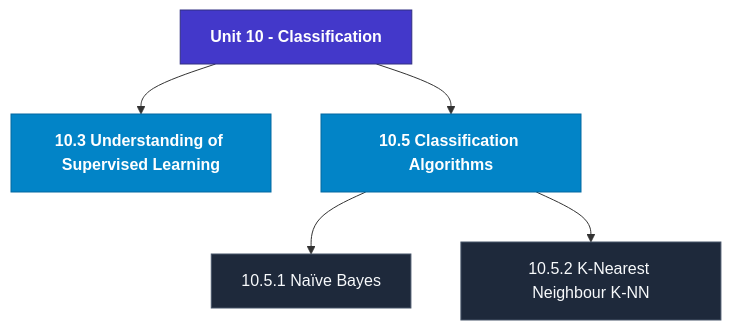
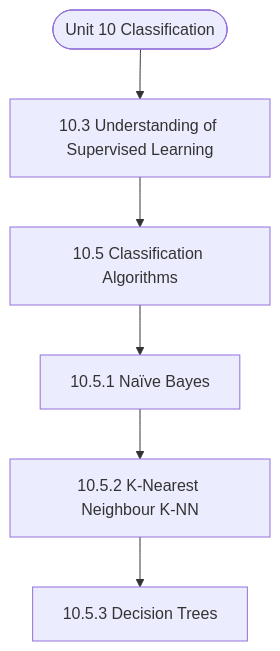
One commit to Asutosh-Coaching/mscdsa changed the diagram in notes/Semester_2/MCS-224_Artificial_Intelligence_&_Machine_Learning/unit_10_Classification.md. Above: the diagram before and after it, drawn with Mermaid. The commit also changed other lines of this file and 115 other files, not shown here.

Commit message:
Fix Mermaid layout for mobile, isolate LaTeX delimiters, and add GitHub Pages reader

````diff
--- a/notes/Semester_2/MCS-224_Artificial_Intelligence_&_Machine_Learning/unit_10_Classification.md
+++ b/notes/Semester_2/MCS-224_Artificial_Intelligence_&_Machine_Learning/unit_10_Classification.md
@@ -19,17 +19,14 @@
 ```mermaid
 flowchart TD
-  %% Styling Definitions
-  classDef head fill:#4338ca,stroke:#312e81,color:#ffffff,font-weight:bold;
-  classDef topic fill:#0284c7,stroke:#0369a1,color:#ffffff,font-weight:600;
-  classDef sub fill:#1e293b,stroke:#475569,color:#f8fafc;
-
-  Root["Unit 10 - Classification"]:::head
-  M1["10.3 Understanding of Supervised Learning"]:::topic
-  Root --> M1
-  M2["10.5 Classification Algorithms"]:::topic
-  Root --> M2
-  M2_1["10.5.1 Naïve Bayes"]:::sub
-  M2 --> M2_1
-  M2_2["10.5.2 K-Nearest Neighbour K-NN"]:::sub
-  M2 --> M2_2
+  Start(["Unit 10 Classification"])
+  N1["10.3 Understanding of Supervised Learning"]
+  N2["10.5 Classification Algorithms"]
+  N3["10.5.1 Naïve Bayes"]
+  N4["10.5.2 K-Nearest Neighbour K-NN"]
+  N5["10.5.3 Decision Trees"]
+  Start --> N1
+  N1 --> N2
+  N2 --> N3
+  N3 --> N4
+  N4 --> N5
 ```
````
